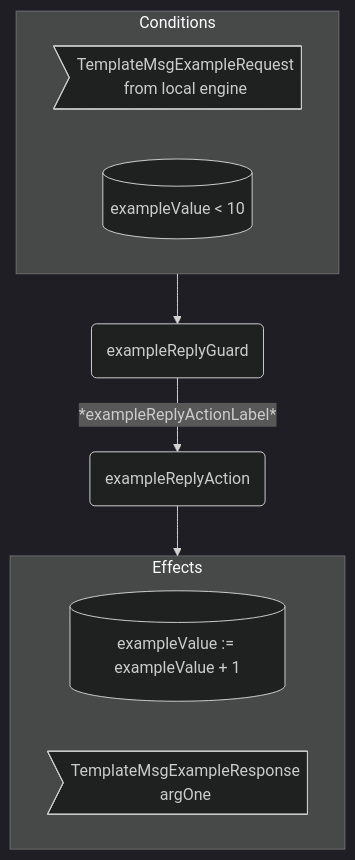
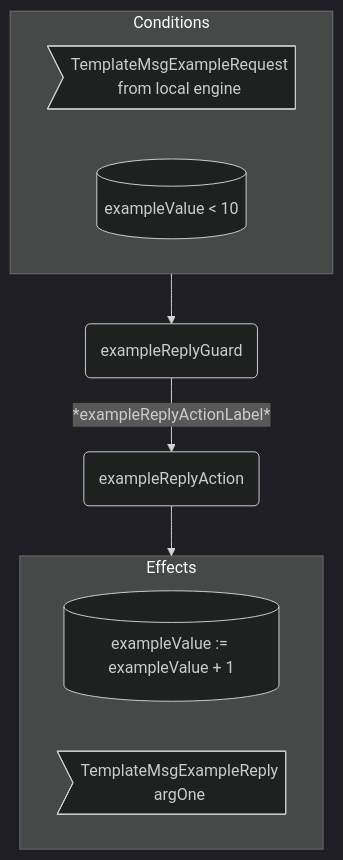
The second of 2 diagrams in docs/tutorial/engines/template_behaviour.juvix.md (anoma/nspec), drawn with Mermaid (dark theme) before and after one commit. The commit also changed other lines of this file and 37 other files, not shown here.

Commit message:
Renamed all instances of "Response" to "Reply" in message interfaces for consistency across commitment, decryption, identity management, and other engines.

````diff
--- a/docs/tutorial/engines/template_behaviour.juvix.md
+++ b/docs/tutorial/engines/template_behaviour.juvix.md
@@ -484,17 +484,17 @@
 ```mermaid
 flowchart TD
   subgraph C[Conditions]
     CMsg>TemplateMsgExampleRequest<br/>from local engine]
     CEnv[(exampleValue < 10)]
   end
 
   G(exampleReplyGuard)
   A(exampleReplyAction)
 
   C --> G -- *exampleReplyActionLabel* --> A --> E
 
   subgraph E[Effects]
     EEnv[(exampleValue := exampleValue + 1)]
-    EMsg>TemplateMsgExampleResponse<br/>argOne]
+    EMsg>TemplateMsgExampleReply<br/>argOne]
   end
 ```
````
